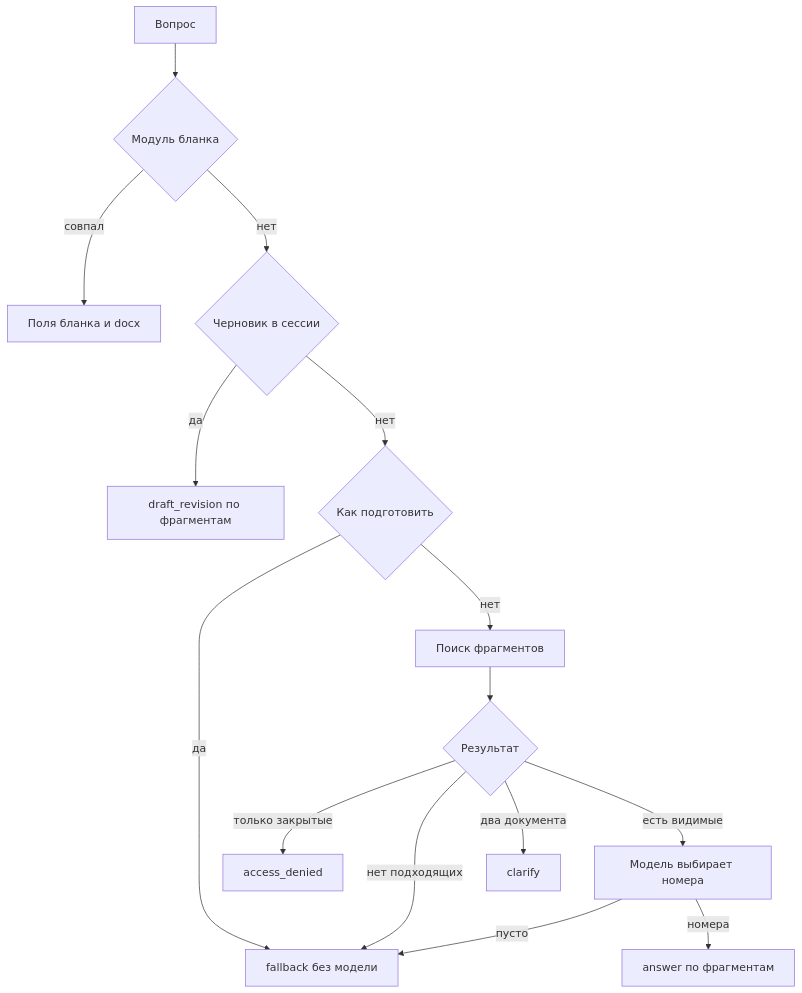
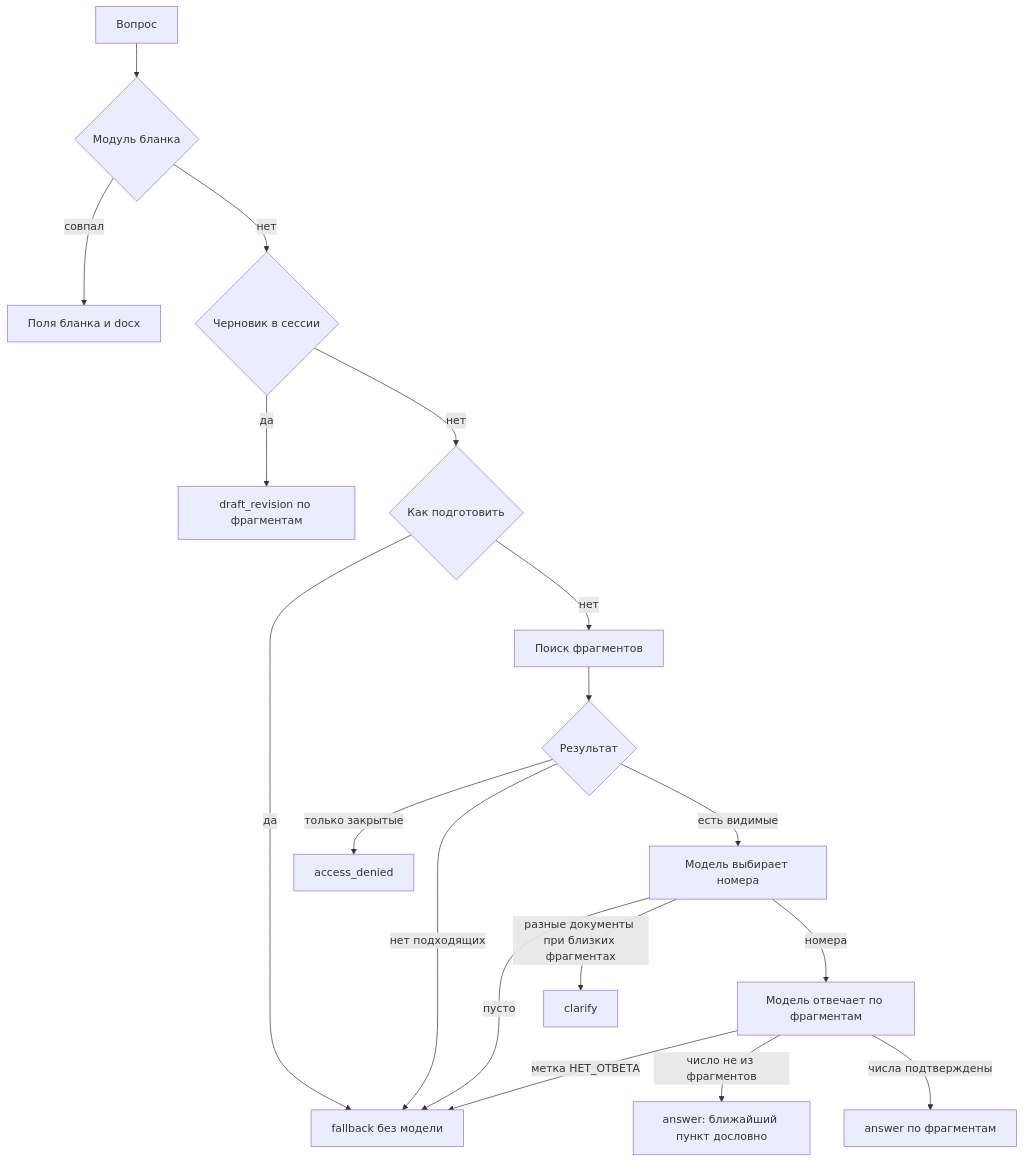
One commit to zlaya-it-clinika/DocsSearch changed the diagram in README.md. Above: the diagram before and after it, drawn with Mermaid. The commit also changed other lines of this file and 15 other files, not shown here.

````diff
--- a/README.md
+++ b/README.md
@@ -9,17 +9,20 @@
 ```mermaid
 flowchart TD
   ask[Вопрос] --> blank{Модуль бланка}
   blank -->|совпал| form[Поля бланка и docx]
   blank -->|нет| draft{Черновик в сессии}
   draft -->|да| revision[draft_revision по фрагментам]
   draft -->|нет| prepare{Как подготовить}
   prepare -->|да| plainFallback[fallback без модели]
   prepare -->|нет| search[Поиск фрагментов]
   search --> gate{Результат}
   gate -->|только закрытые| denied[access_denied]
   gate -->|нет подходящих| plainFallback
-  gate -->|два документа| clarify[clarify]
   gate -->|есть видимые| select[Модель выбирает номера]
   select -->|пусто| plainFallback
-  select -->|номера| answer[answer по фрагментам]
+  select -->|разные документы при близких фрагментах| clarify[clarify]
+  select -->|номера| modelAnswer[Модель отвечает по фрагментам]
+  modelAnswer -->|метка НЕТ_ОТВЕТА| plainFallback
+  modelAnswer -->|число не из фрагментов| quote[answer: ближайший пункт дословно]
+  modelAnswer -->|числа подтверждены| answer[answer по фрагментам]
 ```
````
